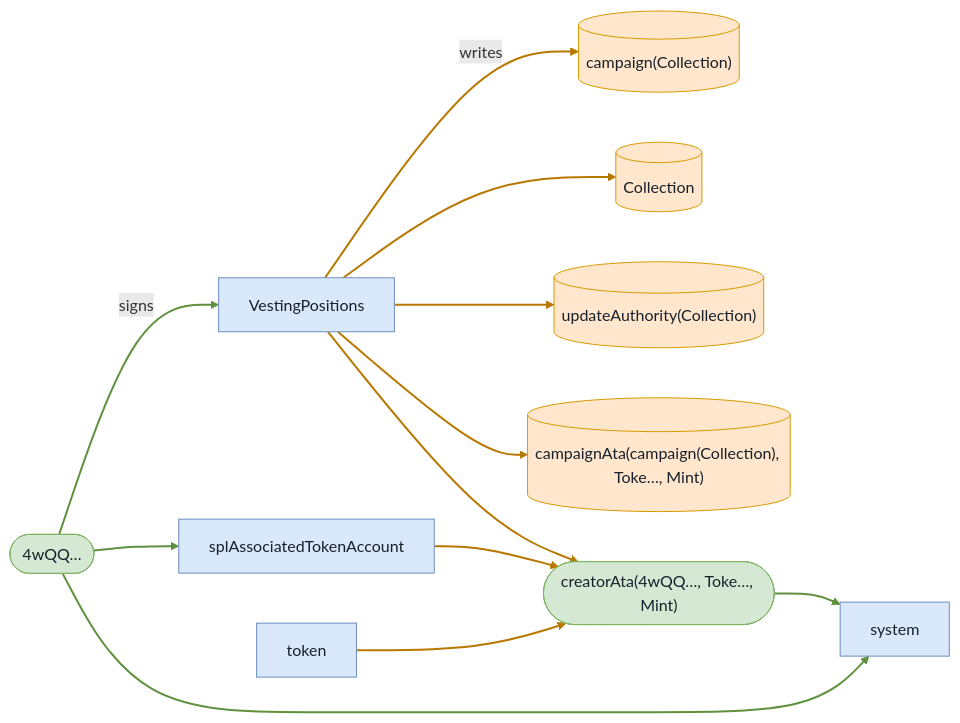
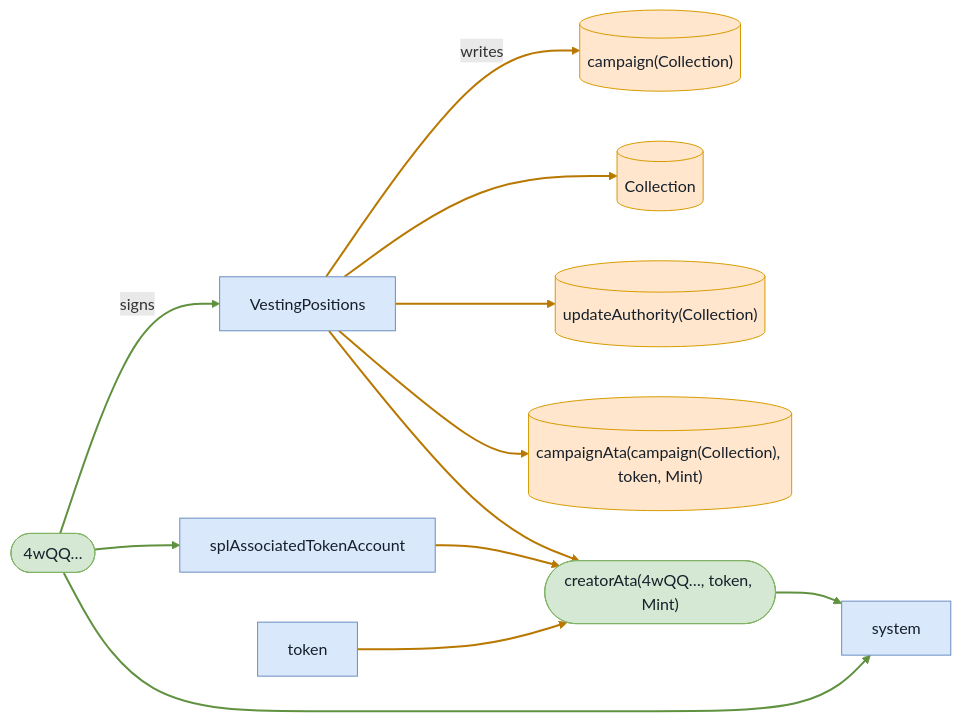
The fifth of 6 diagrams in babelfish-tests/test-report/cancel_campaign_requires_creator.md (cds-turbin3/vesting-position), drawn with Mermaid before and after one commit. The commit also changed other lines of this file and 104 other files, not shown here.

````diff
--- a/babelfish-tests/test-report/cancel_campaign_requires_creator.md
+++ b/babelfish-tests/test-report/cancel_campaign_requires_creator.md
@@ -239,29 +239,29 @@
 ```mermaid
 flowchart LR
     VestingPositions["VestingPositions"]:::program
     n4wQQ(["4wQQ…"]):::signer
     campaignCollection[("campaign(Collection)")]:::state
     Collection[("Collection")]:::state
     updateAuthorityCollection[("updateAuthority(Collection)")]:::state
-    campaignAtacampaignCollectionTokeMint[("campaignAta(campaign(Collection), Toke…, Mint)")]:::state
-    creatorAta4wQQTokeMint(["creatorAta(4wQQ…, Toke…, Mint)"]):::signer
+    campaignAtacampaignCollectiontokenMint[("campaignAta(campaign(Collection), token, Mint)")]:::state
+    creatorAta4wQQtokenMint(["creatorAta(4wQQ…, token, Mint)"]):::signer
     splAssociatedTokenAccount["splAssociatedTokenAccount"]:::program
     token["token"]:::program
     system["system"]:::program
     n4wQQ -->|signs| VestingPositions
     VestingPositions -->|writes| campaignCollection
     VestingPositions --> Collection
     VestingPositions --> updateAuthorityCollection
-    VestingPositions --> campaignAtacampaignCollectionTokeMint
-    VestingPositions --> creatorAta4wQQTokeMint
+    VestingPositions --> campaignAtacampaignCollectiontokenMint
+    VestingPositions --> creatorAta4wQQtokenMint
     n4wQQ --> splAssociatedTokenAccount
-    splAssociatedTokenAccount --> creatorAta4wQQTokeMint
+    splAssociatedTokenAccount --> creatorAta4wQQtokenMint
     n4wQQ --> system
-    creatorAta4wQQTokeMint --> system
-    token --> creatorAta4wQQTokeMint
+    creatorAta4wQQtokenMint --> system
+    token --> creatorAta4wQQtokenMint
     classDef program fill:#dae8fc,stroke:#6c8ebf,color:#17202a;
     classDef signer fill:#d5e8d4,stroke:#82b366,color:#17202a;
     classDef state fill:#ffe6cc,stroke:#d79b00,color:#17202a;
     linkStyle 0,6,8,9 stroke:#5f913f,stroke-width:2px
     linkStyle 1,2,3,4,5,7,10 stroke:#b87800,stroke-width:2px
 ```
````
